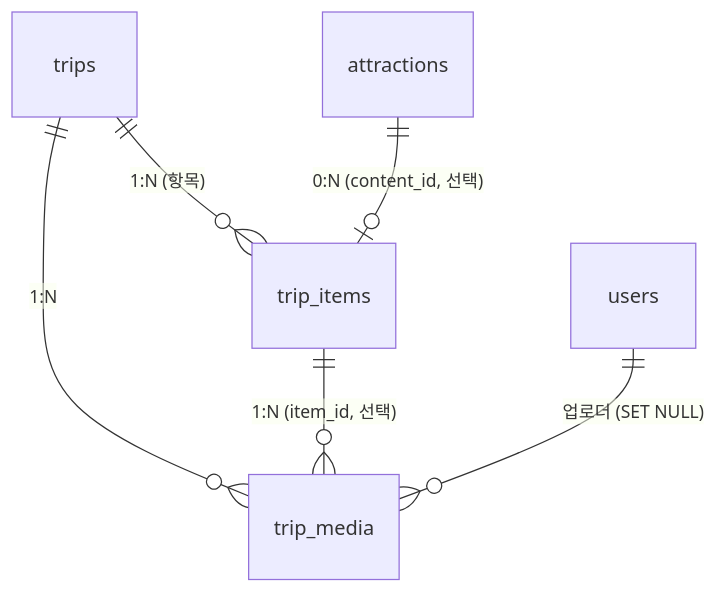
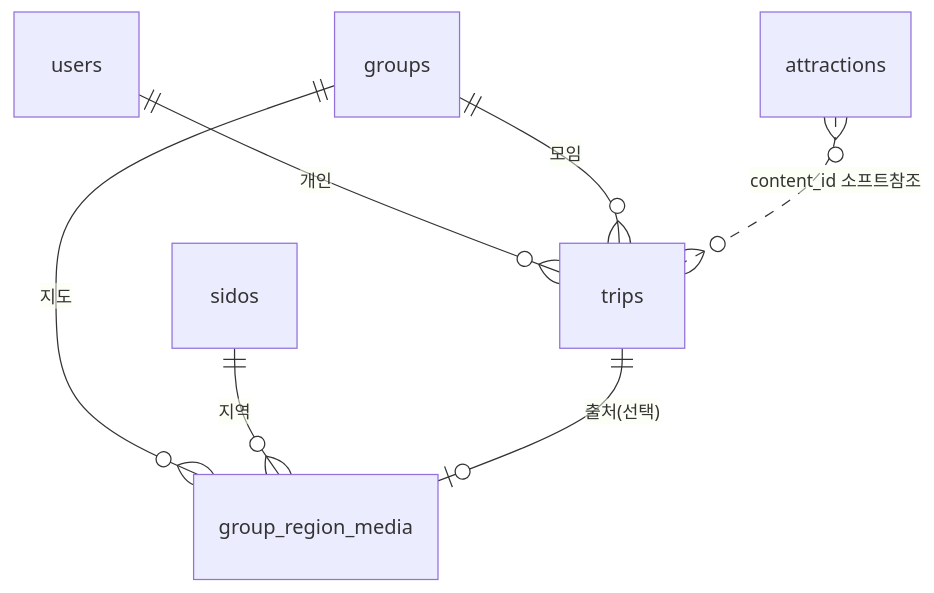
Before and after one commit to Where-should-we-go/wswg_backend: the diagram in src/main/resources/db/postgres/여행기록도메인.md, drawn with Mermaid. The commit also changed other lines of this file and 4 other files, not shown here.

````diff
--- a/src/main/resources/db/postgres/여행기록도메인.md
+++ b/src/main/resources/db/postgres/여행기록도메인.md
@@ -11,8 +11,9 @@
 ```mermaid
 erDiagram
-    trips ||--o{ trip_items : "1:N (항목)"
-    attractions ||--o| trip_items : "0:N (content_id, 선택)"
-    trips ||--o{ trip_media : "1:N"
-    trip_items ||--o{ trip_media : "1:N (item_id, 선택)"
-    users ||--o{ trip_media : "업로더 (SET NULL)"
+    users ||--o{ trips : "개인"
+    groups ||--o{ trips : "모임"
+    groups ||--o{ group_region_media : "지도"
+    sidos  ||--o{ group_region_media : "지역"
+    trips  ||--o| group_region_media : "출처(선택)"
+    attractions }o..o{ trips : "content_id 소프트참조"
 ```
````
